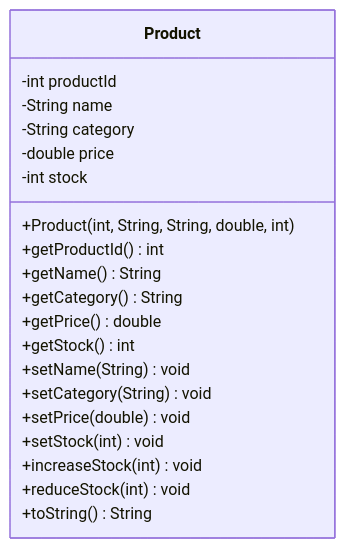
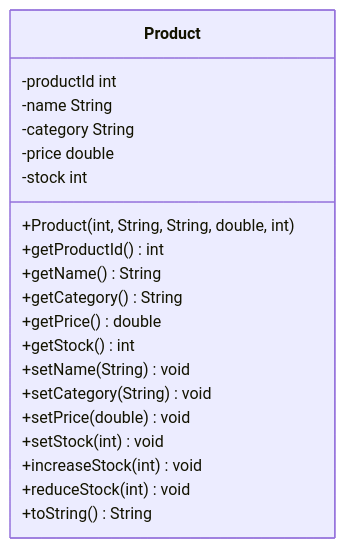
Before and after one commit to jayani-athukorala/java-oop-exercise: the fourth of 5 diagrams in README.md, drawn with Mermaid. The commit also changed other lines of this file, not shown here.

Commit message:
format uml diagrams

````diff
--- a/README.md
+++ b/README.md
@@ -81,23 +81,23 @@
 ```mermaid
 classDiagram
     class Product {
-        -int productId
-        -String name
-        -String category
-        -double price
-        -int stock
+        -productId int
+        -name String
+        -category String
+        -price double
+        -stock int
         +Product(int, String, String, double, int)
         +getProductId() int
         +getName() String
         +getCategory() String
         +getPrice() double
         +getStock() int
         +setName(String) void
         +setCategory(String) void
         +setPrice(double) void
         +setStock(int) void
         +increaseStock(int) void
         +reduceStock(int) void
         +toString() String
     }
 ```
````
